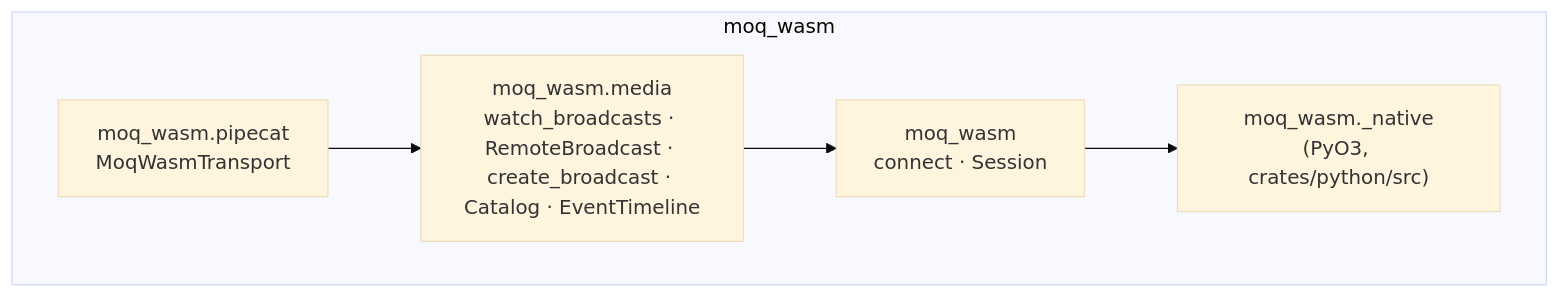
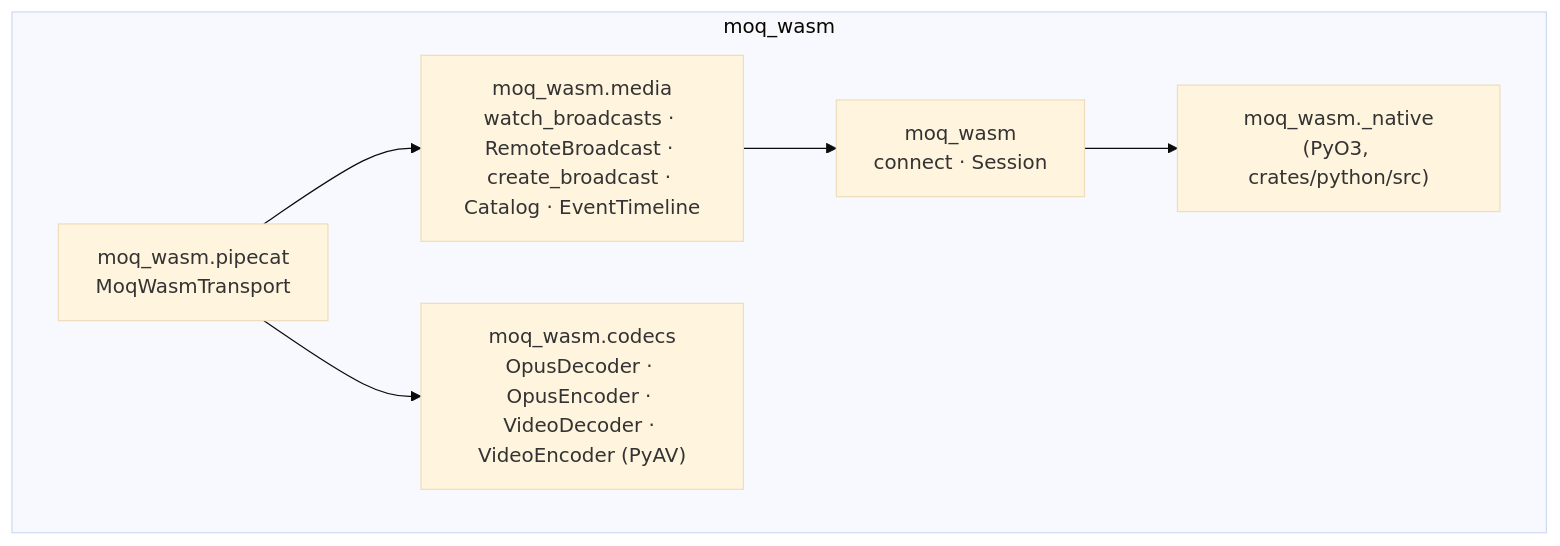
One commit to nttcom/moq-wasm changed the diagram in docs/architecture/python/sdk.md. Above: the diagram before and after it, drawn with Mermaid (base theme). The commit also changed other lines of this file and 9 other files, not shown here.

First line of the commit message:
feat(python): bot の移行に要る on_connected・run の失敗優先・moq_wasm.codecs を足す (#1568)

````diff
--- a/docs/architecture/python/sdk.md
+++ b/docs/architecture/python/sdk.md
@@ -63,10 +64,12 @@
 ```mermaid
 flowchart TB
     subgraph moq_wasm
         pipecat["moq_wasm.pipecat<br/>MoqWasmTransport"]
+        codecs["moq_wasm.codecs<br/>OpusDecoder · OpusEncoder · VideoDecoder · VideoEncoder (PyAV)"]
         media["moq_wasm.media<br/>watch_broadcasts · RemoteBroadcast · create_broadcast · Catalog · EventTimeline"]
         core["moq_wasm<br/>connect · Session"]
         native["moq_wasm._native<br/>(PyO3, crates/python/src)"]
     end
     pipecat --> media --> core --> native
+    pipecat --> codecs
 ```
````
